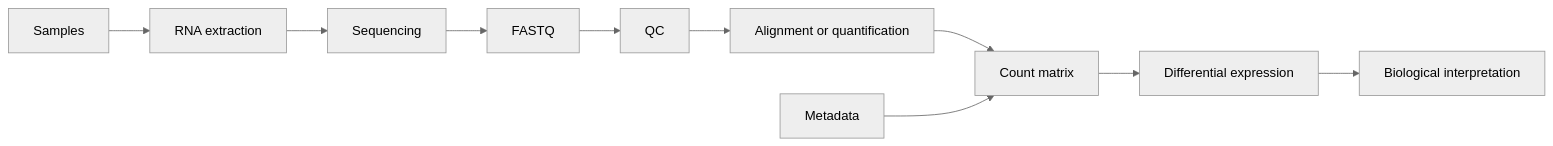
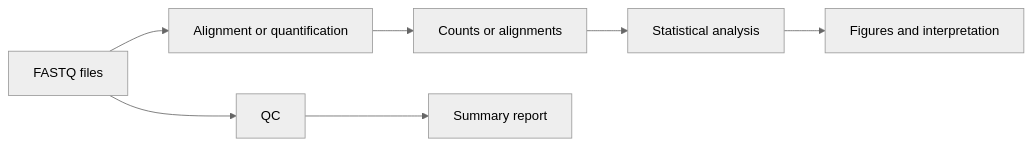
The first of 2 diagrams in content/posts/week-07-rnaseq-in-seven-minutes.md (Caffeinated-Code/Bioinformatics-Field-Guide), drawn with Mermaid (neutral theme) before and after one commit. The commit also changed other lines of this file and 11 other files, not shown here.

````diff
--- a/content/posts/week-07-rnaseq-in-seven-minutes.md
+++ b/content/posts/week-07-rnaseq-in-seven-minutes.md
@@ -22,12 +20,9 @@
 ```mermaid
 flowchart LR
-  samples[Samples] --> extraction[RNA extraction]
-  extraction --> sequencing[Sequencing]
-  sequencing --> fastq[FASTQ]
-  fastq --> qc[QC]
-  qc --> quant[Alignment or quantification]
-  quant --> matrix[Count matrix]
-  metadata[Metadata] --> matrix
-  matrix --> de[Differential expression]
-  de --> interpretation[Biological interpretation]
+  fastq["FASTQ files"] --> qc["QC"]
+  fastq --> align["Alignment or quantification"]
+  align --> counts["Counts or alignments"]
+  qc --> multiqc["Summary report"]
+  counts --> stats["Statistical analysis"]
+  stats --> report["Figures and interpretation"]
 ```
````
